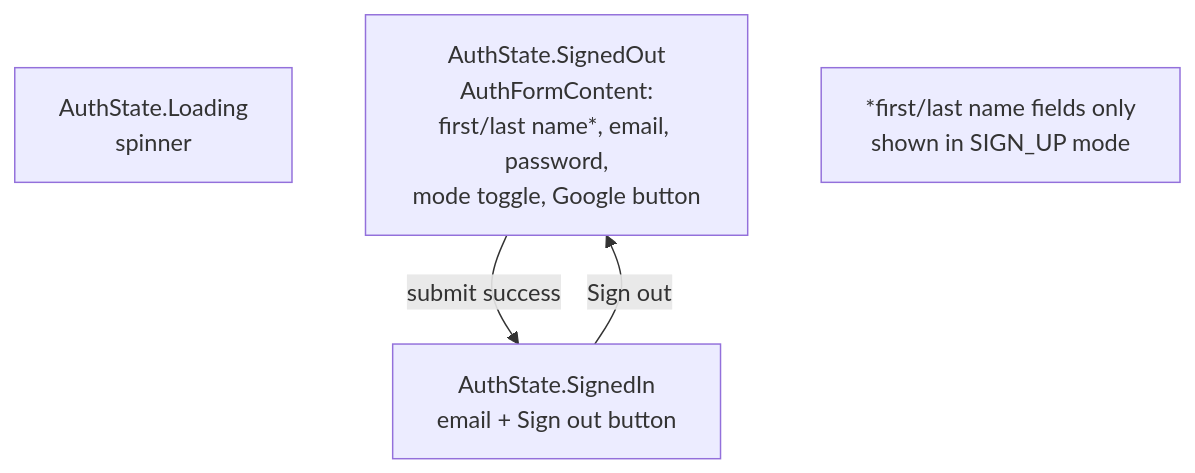
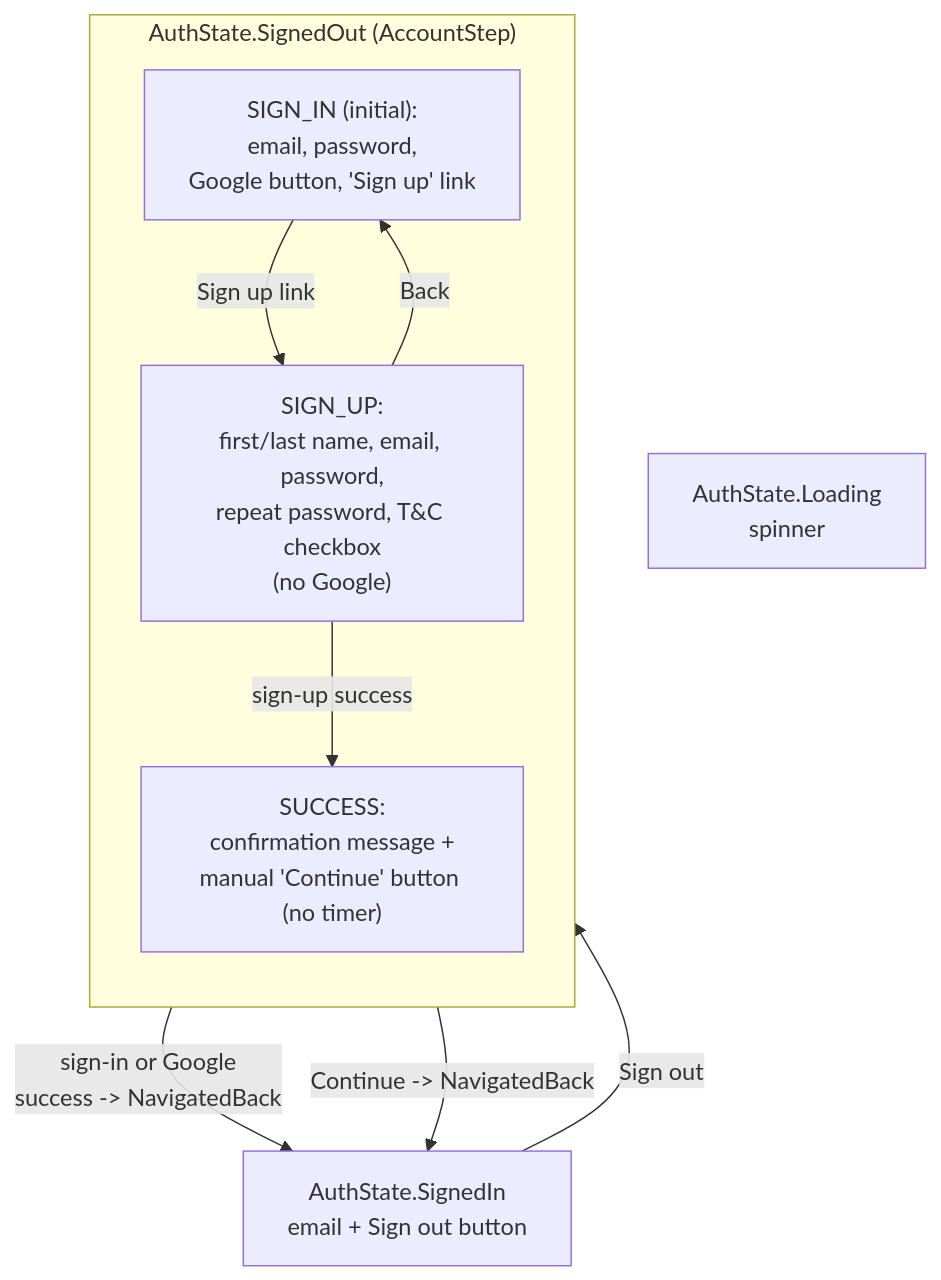
The third of 4 diagrams in context/changes/supabase-auth-foundation/navigation-schema.md (janekluczka/TodayWas), drawn with Mermaid before and after one commit. The commit also changed other lines of this file and 25 other files, not shown here.

````diff
--- a/context/changes/supabase-auth-foundation/navigation-schema.md
+++ b/context/changes/supabase-auth-foundation/navigation-schema.md
@@ -83,11 +86,20 @@
 ```mermaid
 flowchart TD
-    Loading[AuthState.Loading<br/>spinner] 
-    SignedOut[AuthState.SignedOut<br/>AuthFormContent:<br/>first/last name*, email, password,<br/>mode toggle, Google button]
+    Loading[AuthState.Loading<br/>spinner]
     SignedIn[AuthState.SignedIn<br/>email + Sign out button]
 
-    SignedOut -- submit success --> SignedIn
-    SignedIn -- Sign out --> SignedOut
+    subgraph SignedOut["AuthState.SignedOut (AccountStep)"]
+        direction TD
+        SignIn["SIGN_IN (initial):<br/>email, password,<br/>Google button, 'Sign up' link"]
+        SignUp["SIGN_UP:<br/>first/last name, email, password,<br/>repeat password, T&C checkbox<br/>(no Google)"]
+        Success["SUCCESS:<br/>confirmation message +<br/>manual 'Continue' button (no timer)"]
 
-    note1["*first/last name fields only<br/>shown in SIGN_UP mode"]
+        SignIn -- "Sign up" link --> SignUp
+        SignUp -- "Back" --> SignIn
+    end
+
+    SignIn -- "sign-in or Google<br/>success -> NavigatedBack" --> SignedIn
+    SignUp -- "sign-up success" --> Success
+    Success -- "Continue -> NavigatedBack" --> SignedIn
+    SignedIn -- "Sign out" --> SignIn
 ```
````
